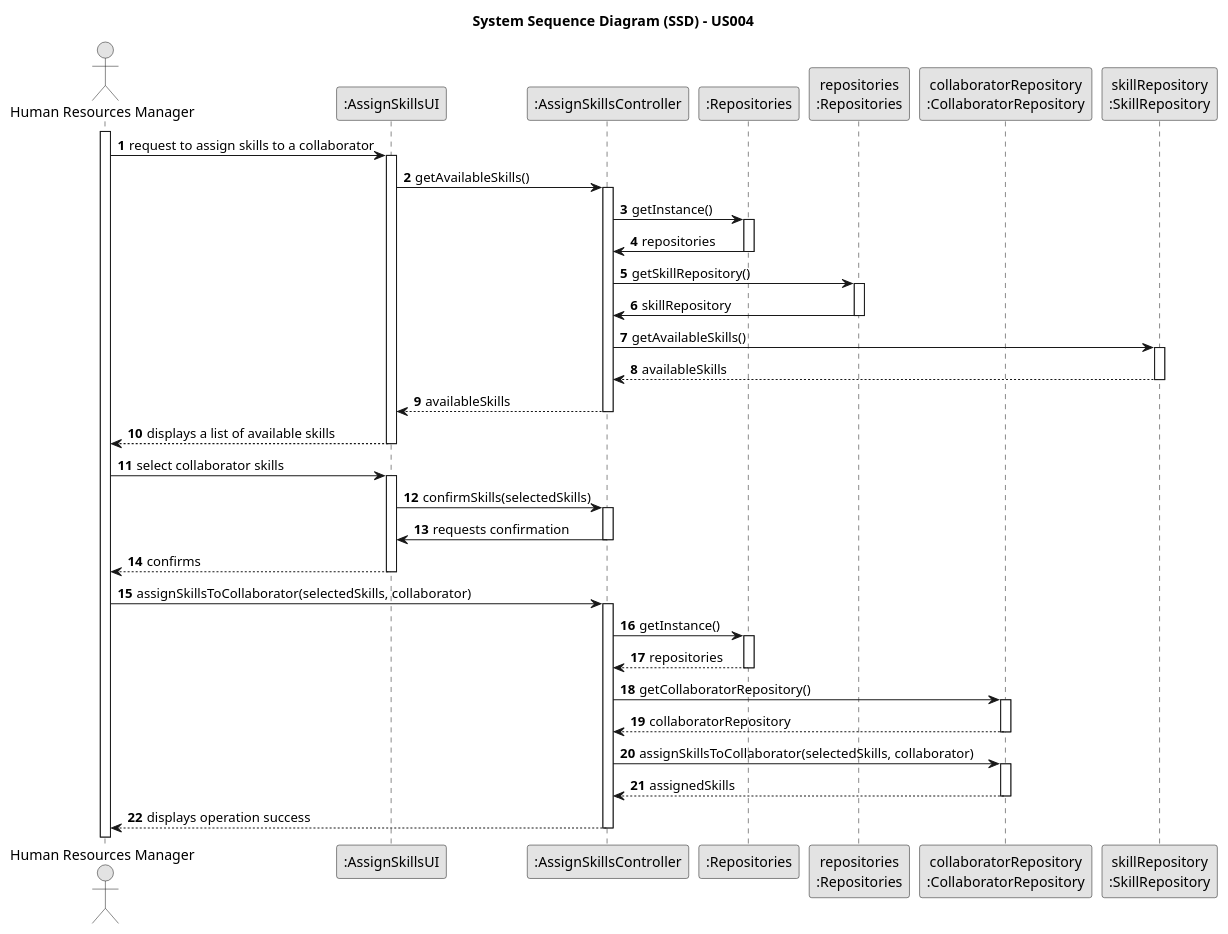
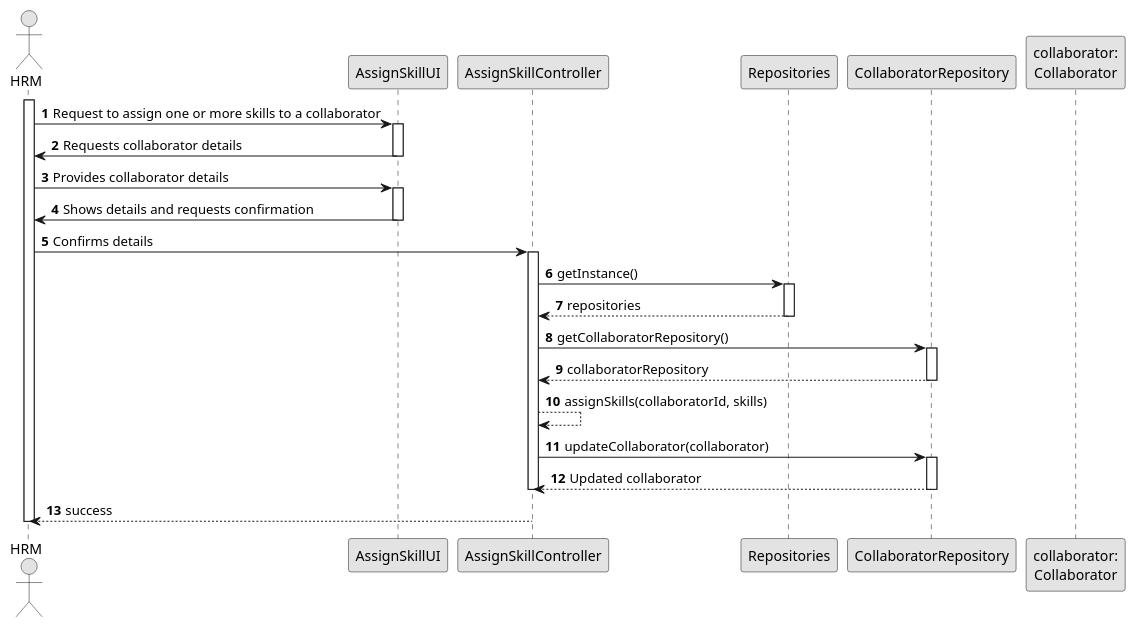
Before and after one commit to diogoveirospro/lei-24-s2-1dg-g072: the diagram in docs/sprintB/us004/03.design/puml/us004-sequence-diagram-full.puml, drawn with PlantUML.

Commit message:
US004 design change full diagram

```diff
--- a/docs/sprintB/us004/03.design/puml/us004-sequence-diagram-full.puml
+++ b/docs/sprintB/us004/03.design/puml/us004-sequence-diagram-full.puml
@@ -1,67 +1,57 @@
 @startuml
 skinparam monochrome true
 skinparam packageStyle rectangle
 skinparam shadowing false
 
-title System Sequence Diagram (SSD) - US004
-
 autonumber
 
-actor "Human Resources Manager" as HRM
-participant ":AssignSkillsUI" as UI
-participant ":AssignSkillsController" as CTRL
-participant ":Repositories" as RepositorySingleton
-participant "repositories\n:Repositories" as PLAT
-participant "collaboratorRepository\n:CollaboratorRepository" as CollaboratorRepository
-participant "skillRepository\n:SkillRepository" as SkillRepository
+actor HRM
+participant AssignSkillUI
+participant AssignSkillController
+participant Repositories
+participant CollaboratorRepository
+participant "collaborator:\nCollaborator" as collaborator
 
 activate HRM
 
-HRM -> UI : request to assign skills to a collaborator
-activate UI
-UI -> CTRL : getAvailableSkills()
-activate CTRL
-CTRL -> RepositorySingleton : getInstance()
-activate RepositorySingleton
-RepositorySingleton -> CTRL : repositories
-deactivate RepositorySingleton
-CTRL -> PLAT : getSkillRepository()
-activate PLAT
-PLAT -> CTRL : skillRepository
-deactivate PLAT
-CTRL -> SkillRepository : getAvailableSkills()
-activate SkillRepository
-SkillRepository --> CTRL : availableSkills
-deactivate SkillRepository
-CTRL --> UI : availableSkills
-deactivate CTRL
-UI --> HRM : displays a list of available skills
-deactivate UI
+HRM -> AssignSkillUI : Request to assign one or more skills to a collaborator
+activate AssignSkillUI
 
-HRM -> UI : select collaborator skills
-activate UI
-UI -> CTRL : confirmSkills(selectedSkills)
-activate CTRL
-CTRL -> UI : requests confirmation
-deactivate CTRL
-UI --> HRM : confirms
-deactivate UI
+AssignSkillUI -> HRM: Requests collaborator details
+deactivate AssignSkillUI
 
-HRM -> CTRL : assignSkillsToCollaborator(selectedSkills, collaborator)
-activate CTRL
-CTRL -> RepositorySingleton : getInstance()
-activate RepositorySingleton
-RepositorySingleton --> CTRL: repositories
-deactivate RepositorySingleton
-CTRL -> CollaboratorRepository : getCollaboratorRepository()
+HRM -> AssignSkillUI : Provides collaborator details
+activate AssignSkillUI
+
+AssignSkillUI -> HRM : Shows details and requests confirmation
+deactivate AssignSkillUI
+
+HRM -> AssignSkillController : Confirms details
+activate AssignSkillController
+
+AssignSkillController -> Repositories: getInstance()
+activate Repositories
+
+Repositories --> AssignSkillController: repositories
+deactivate Repositories
+
+AssignSkillController -> CollaboratorRepository: getCollaboratorRepository()
 activate CollaboratorRepository
-CollaboratorRepository --> CTRL : collaboratorRepository
+
+CollaboratorRepository --> AssignSkillController: collaboratorRepository
 deactivate CollaboratorRepository
-CTRL -> CollaboratorRepository : assignSkillsToCollaborator(selectedSkills, collaborator)
+
+AssignSkillController --> AssignSkillController : assignSkills(collaboratorId, skills)
+AssignSkillController -> CollaboratorRepository: updateCollaborator(collaborator)
 activate CollaboratorRepository
-CollaboratorRepository --> CTRL : assignedSkills
+
+CollaboratorRepository --> AssignSkillController: Updated collaborator
 deactivate CollaboratorRepository
-CTRL --> HRM : displays operation success
-deactivate CTRL
+
+deactivate AssignSkillController
+
+AssignSkillController --> HRM: success
+
+deactivate HRM
 
 @enduml
```
